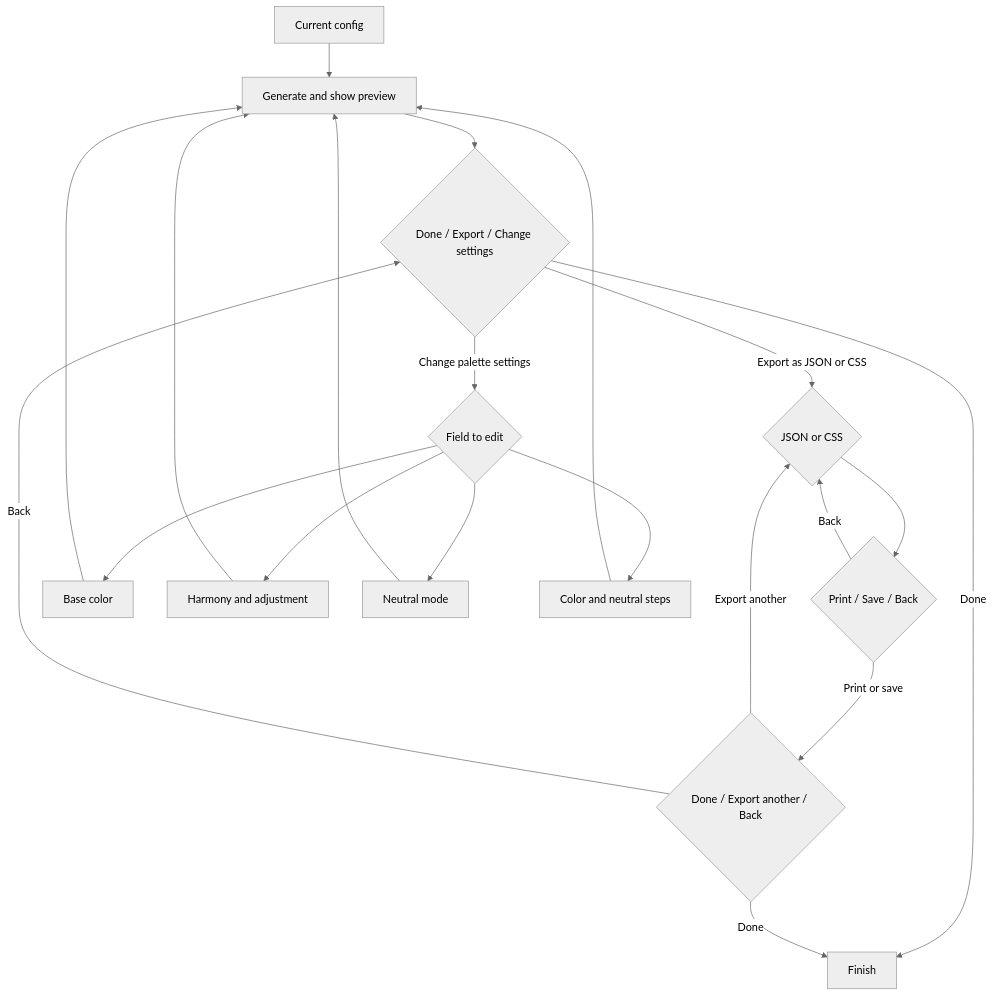
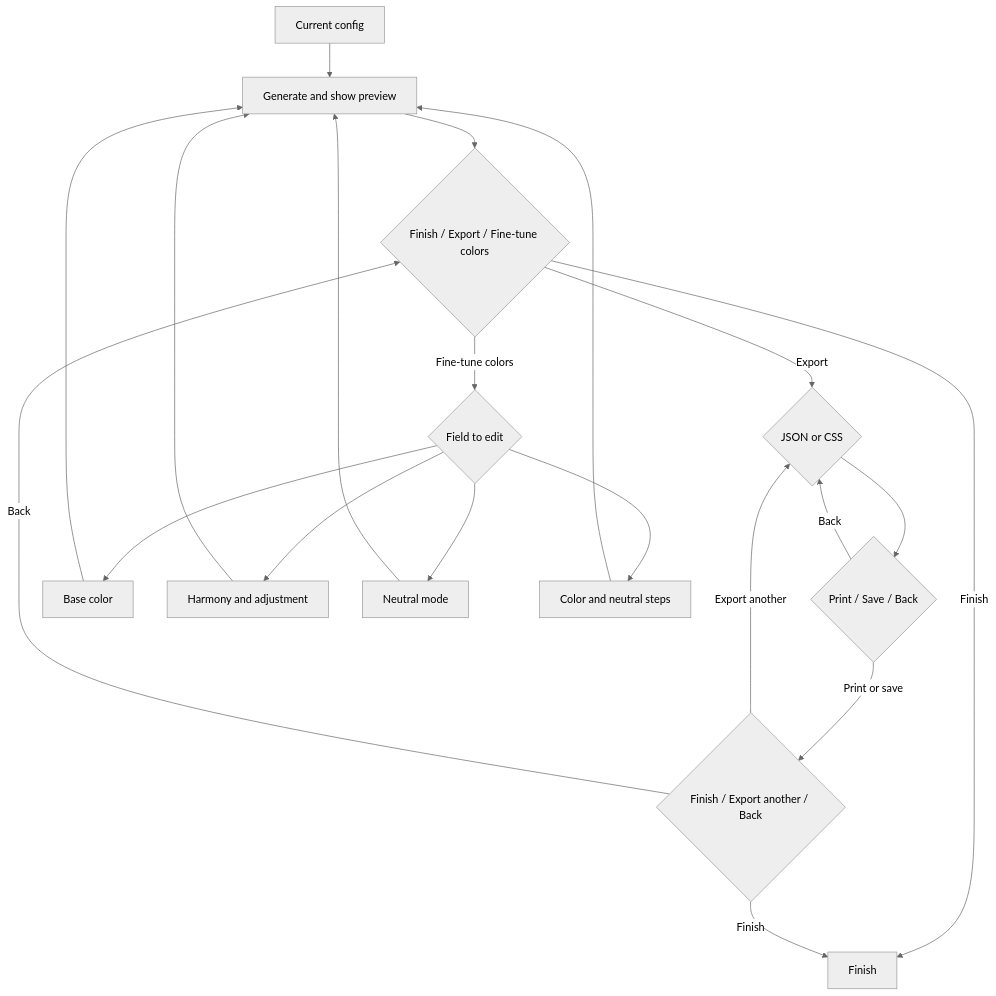
The second of 4 diagrams in docs/ux-flow.md (RyoSugimoto/quick-palette), drawn with Mermaid (neutral theme) before and after one commit. The commit also changed other lines of this file and 25 other files, not shown here.

````diff
--- a/docs/ux-flow.md
+++ b/docs/ux-flow.md
@@ -41,22 +41,22 @@
 ```mermaid
 flowchart TD
   Config[Current config] --> Preview[Generate and show preview]
-  Preview --> Final{Done / Export / Change settings}
-  Final -->|Done| End[Finish]
-  Final -->|Export as JSON or CSS| Format{JSON or CSS}
+  Preview --> Final{Finish / Export / Fine-tune colors}
+  Final -->|Finish| End[Finish]
+  Final -->|Export| Format{JSON or CSS}
   Format --> Destination{Print / Save / Back}
-  Destination -->|Print or save| Exported{Done / Export another / Back}
+  Destination -->|Print or save| Exported{Finish / Export another / Back}
   Destination -->|Back| Format
-  Exported -->|Done| End[Finish]
+  Exported -->|Finish| End[Finish]
   Exported -->|Export another| Format
   Exported -->|Back| Final
-  Final -->|Change palette settings| Field{Field to edit}
+  Final -->|Fine-tune colors| Field{Field to edit}
   Field --> Base[Base color]
   Field --> Harmony[Harmony and adjustment]
   Field --> Neutral[Neutral mode]
   Field --> Steps[Color and neutral steps]
   Base --> Preview
   Harmony --> Preview
   Neutral --> Preview
   Steps --> Preview
 ```
````
